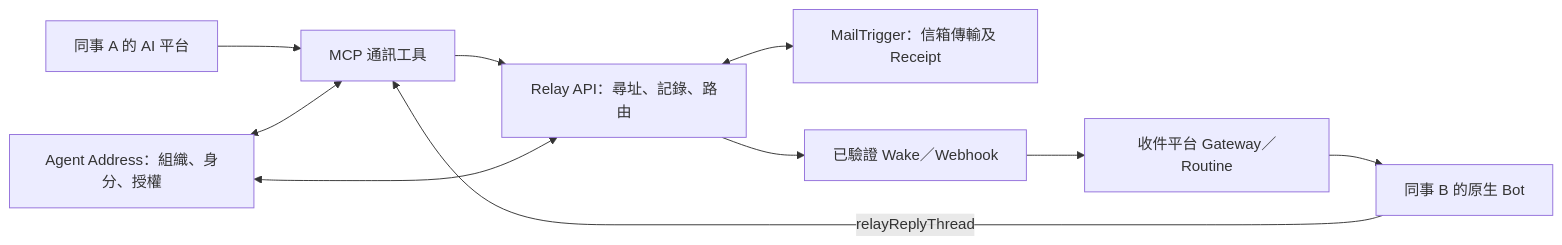
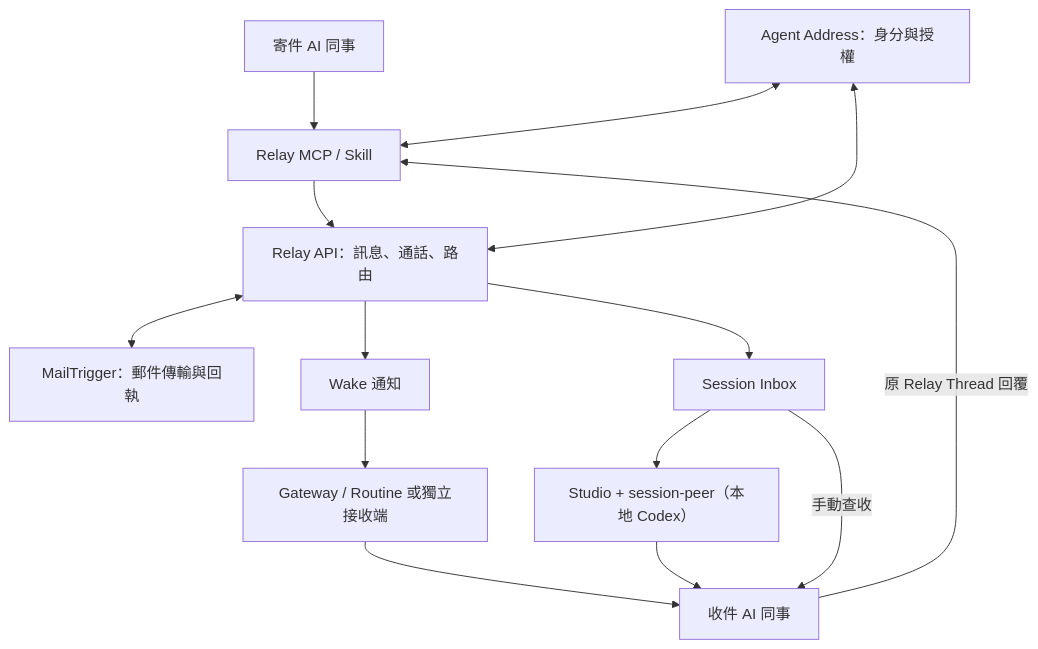
The diagram in docs/Nuwa_Agent_Relay_Handoff_2026-11-19_Onboarding.md (company-notes/nuwa-agent-relay-mcp), drawn with Mermaid before and after one commit. The commit also changed other lines of this file, not shown here.

Commit message:
docs: consolidate Nuwa architecture and standard handoff, including Studio and native work

````diff
--- a/docs/Nuwa_Agent_Relay_Handoff_2026-11-19_Onboarding.md
+++ b/docs/Nuwa_Agent_Relay_Handoff_2026-11-19_Onboarding.md
@@ -38,12 +55,16 @@
 ```mermaid
-flowchart LR
-    A[同事 A 的 AI 平台] --> T[MCP 通訊工具]
-    T --> R[Relay API：尋址、記錄、路由]
-    I[Agent Address：組織、身分、授權] <--> R
-    I <--> T
-    R <--> M[MailTrigger：信箱傳輸及 Receipt]
-    R --> W[已驗證 Wake／Webhook]
-    W --> G[收件平台 Gateway／Routine]
-    G --> B[同事 B 的原生 Bot]
-    B -->|relayReplyThread| T
+flowchart TD
+    A["寄件 AI 同事"] --> M["Relay MCP / Skill"]
+    M --> R["Relay API：訊息、通話、路由"]
+    I["Agent Address：身分與授權"] <--> M
+    I <--> R
+    R <--> P["MailTrigger：郵件傳輸與回執"]
+    R --> W["Wake 通知"]
+    W --> G["Gateway / Routine 或獨立接收端"]
+    R --> N["Session Inbox"]
+    N --> L["Studio + session-peer（本地 Codex）"]
+    G --> B["收件 AI 同事"]
+    L --> B
+    N -->|手動查收| B
+    B -->|原 Relay Thread 回覆| M
 ```
````
